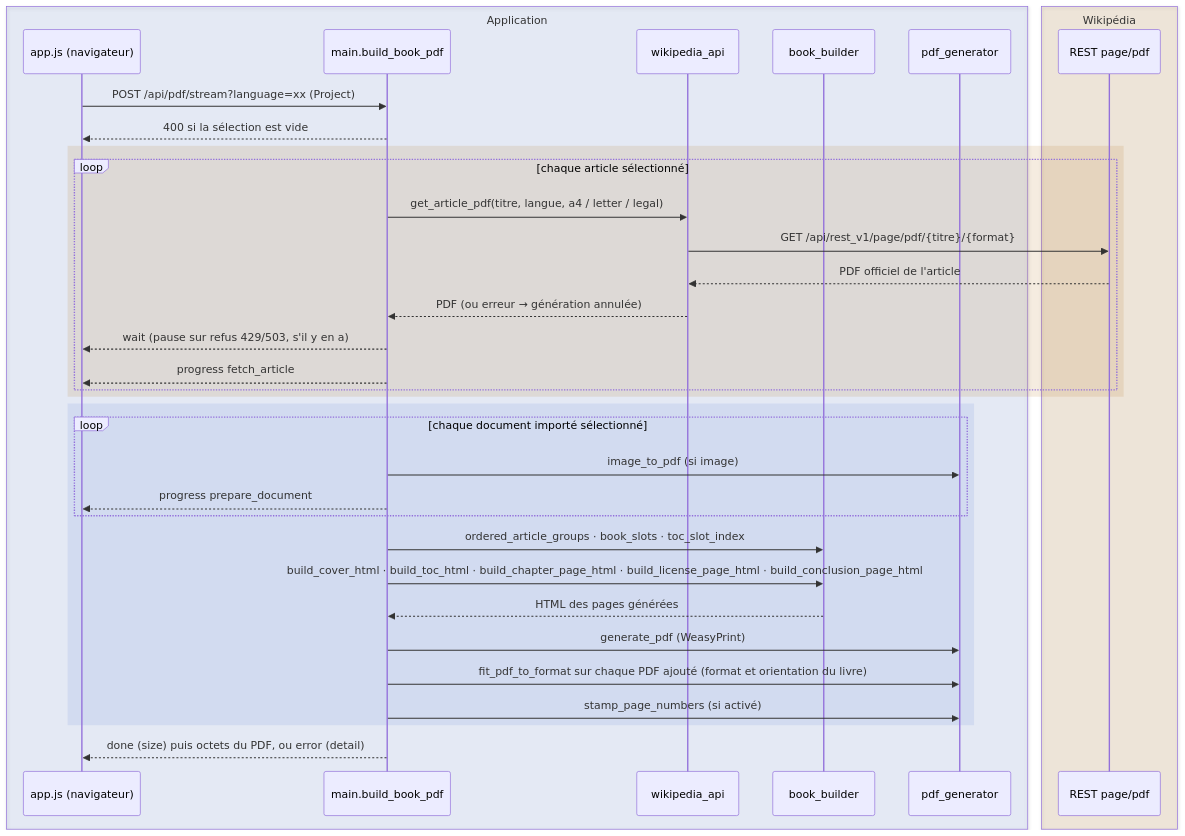
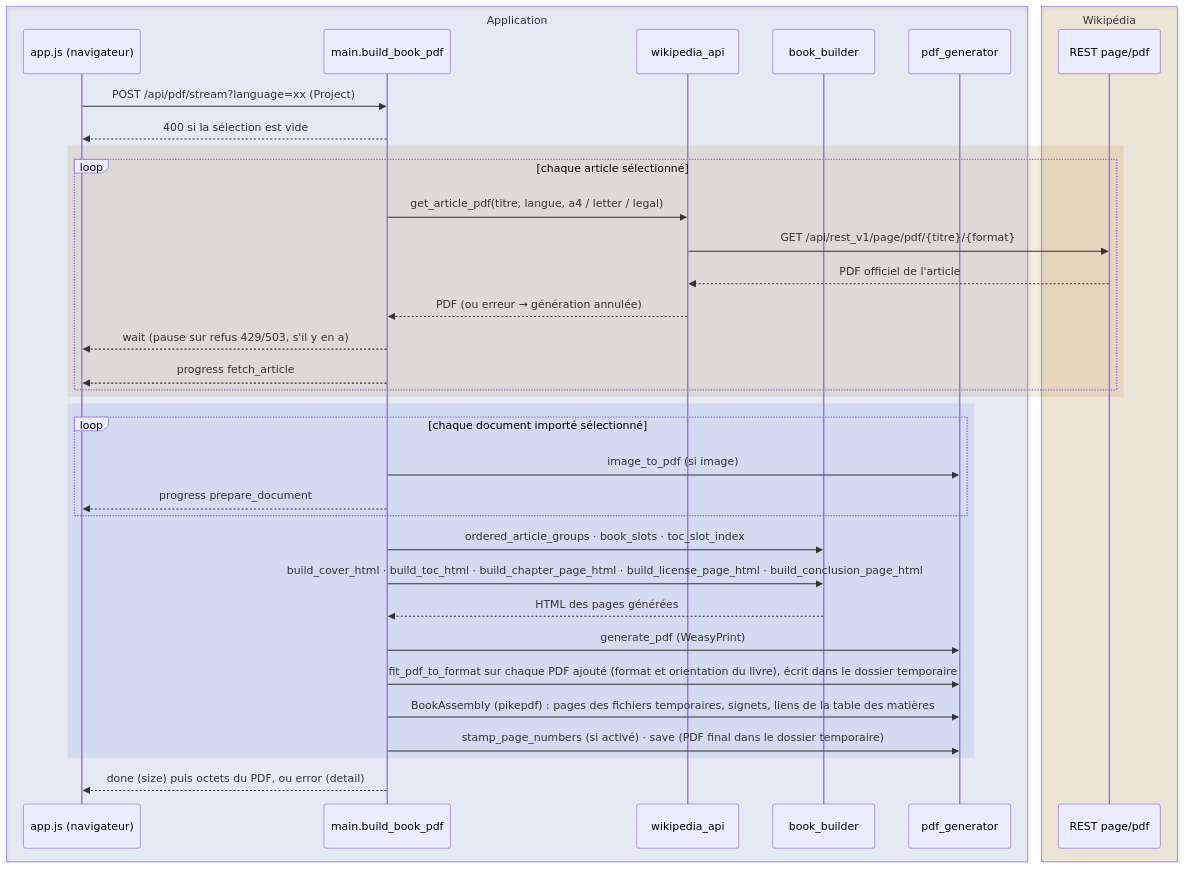
One commit to gmoulard/wikipedia2book changed the second of 2 diagrams in docs/SPECIFICATIONS.fr.md. Above: the diagram before and after it, drawn with Mermaid. The commit also changed other lines of this file and 10 other files, not shown here.

First line of the commit message:
1.7.7 : assemblage du livre sur disque temporaire

````diff
--- a/docs/SPECIFICATIONS.fr.md
+++ b/docs/SPECIFICATIONS.fr.md
@@ -943,39 +945,40 @@
 ```mermaid
 sequenceDiagram
     box rgba(51,102,204,0.10) Application
         participant U as app.js (navigateur)
         participant M as main.build_book_pdf
         participant W as wikipedia_api
         participant B as book_builder
         participant P as pdf_generator
     end
     box rgba(172,102,0,0.12) Wikipédia
         participant R as REST page/pdf
     end
 
     U->>M: POST /api/pdf/stream?language=xx (Project)
     M-->>U: 400 si la sélection est vide
     rect rgba(172,102,0,0.12)
         loop chaque article sélectionné
             M->>W: get_article_pdf(titre, langue, a4 / letter / legal)
             W->>R: GET /api/rest_v1/page/pdf/{titre}/{format}
             R-->>W: PDF officiel de l'article
             W-->>M: PDF (ou erreur → génération annulée)
             M-->>U: wait (pause sur refus 429/503, s'il y en a)
             M-->>U: progress fetch_article
         end
     end
     rect rgba(51,102,204,0.10)
         loop chaque document importé sélectionné
             M->>P: image_to_pdf (si image)
             M-->>U: progress prepare_document
         end
         M->>B: ordered_article_groups · book_slots · toc_slot_index
         M->>B: build_cover_html · build_toc_html · build_chapter_page_html · build_license_page_html · build_conclusion_page_html
         B-->>M: HTML des pages générées
         M->>P: generate_pdf (WeasyPrint)
-        M->>P: fit_pdf_to_format sur chaque PDF ajouté (format et orientation du livre)
-        M->>P: stamp_page_numbers (si activé)
+        M->>P: fit_pdf_to_format sur chaque PDF ajouté (format et orientation du livre), écrit dans le dossier temporaire
+        M->>P: BookAssembly (pikepdf) : pages des fichiers temporaires, signets, liens de la table des matières
+        M->>P: stamp_page_numbers (si activé) · save (PDF final dans le dossier temporaire)
     end
     M-->>U: done (size) puis octets du PDF, ou error (detail)
 ```
````
